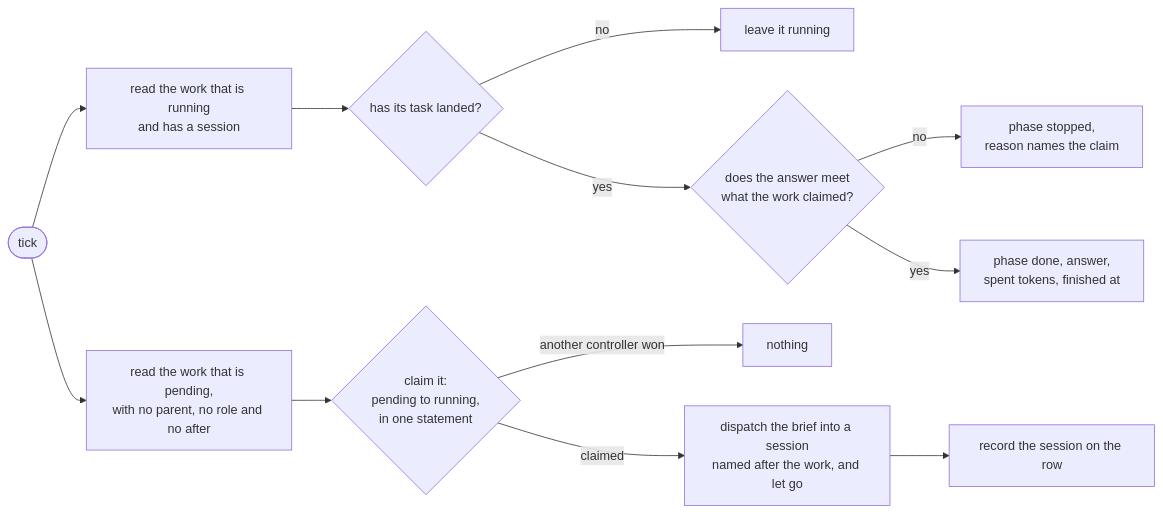
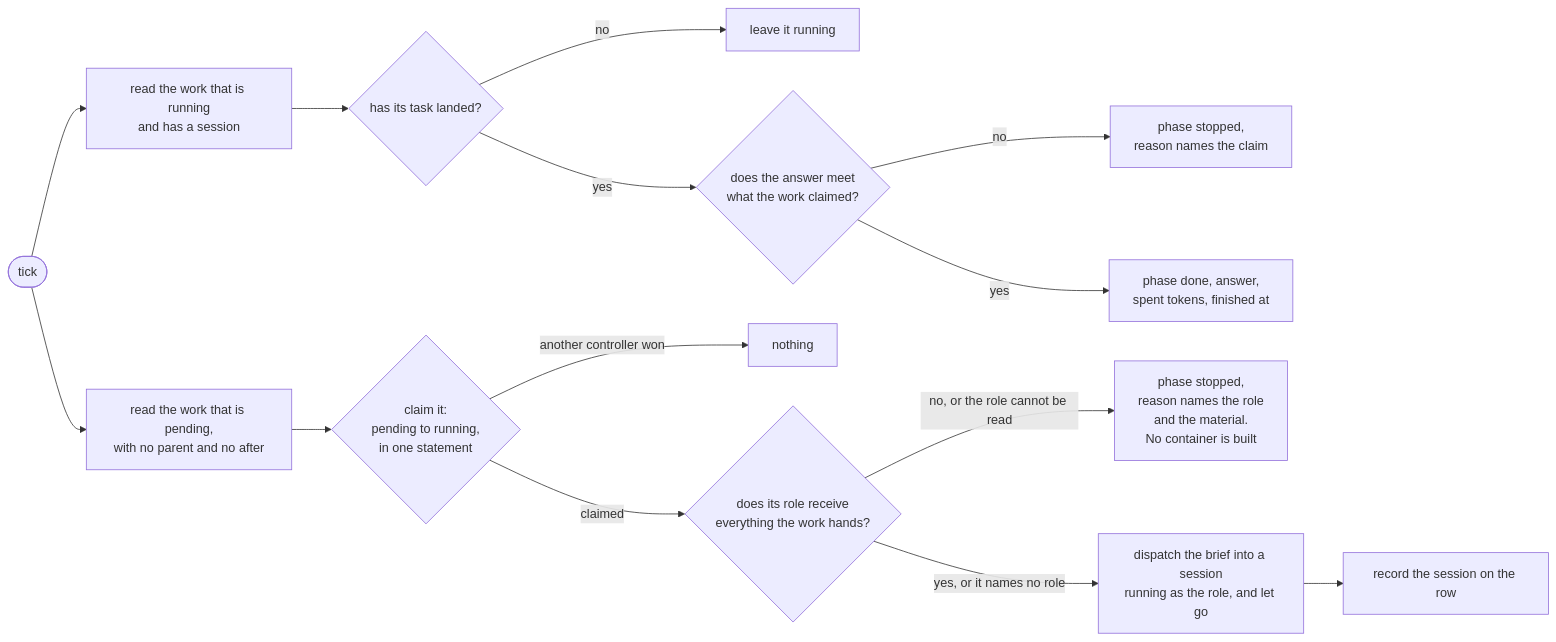
One commit to atlantic-blue/quay-crew changed the second of 13 diagrams in docs/ORCHESTRATION.md. Above: the diagram before and after it, drawn with Mermaid. The commit also changed other lines of this file and 28 other files, not shown here.

Commit message:
feat: work runs as a role, and receives is enforced

````diff
--- a/docs/ORCHESTRATION.md
+++ b/docs/ORCHESTRATION.md
@@ -341,14 +362,16 @@
 ```mermaid
 flowchart LR
     TICK(["tick"]) --> READ["read the work that is running<br/>and has a session"]
     READ --> TASK{"has its task landed?"}
     TASK -->|"no"| LEAVE["leave it running"]
     TASK -->|"yes"| CLAIMED{"does the answer meet<br/>what the work claimed?"}
     CLAIMED -->|"no"| STOP["phase stopped,<br/>reason names the claim"]
     CLAIMED -->|"yes"| DONE["phase done, answer,<br/>spent tokens, finished at"]
-    TICK --> RUNNABLE["read the work that is pending,<br/>with no parent, no role and no after"]
+    TICK --> RUNNABLE["read the work that is pending,<br/>with no parent and no after"]
     RUNNABLE --> CLAIM{"claim it:<br/>pending to running,<br/>in one statement"}
     CLAIM -->|"another controller won"| NOTHING["nothing"]
-    CLAIM -->|"claimed"| SEND["dispatch the brief into a session<br/>named after the work, and let go"]
+    CLAIM -->|"claimed"| BOUNDARY{"does its role receive<br/>everything the work hands?"}
+    BOUNDARY -->|"no, or the role cannot be read"| REFUSED["phase stopped,<br/>reason names the role<br/>and the material.<br/>No container is built"]
+    BOUNDARY -->|"yes, or it names no role"| SEND["dispatch the brief into a session<br/>running as the role, and let go"]
     SEND --> RECORD["record the session on the row"]
 ```
````
